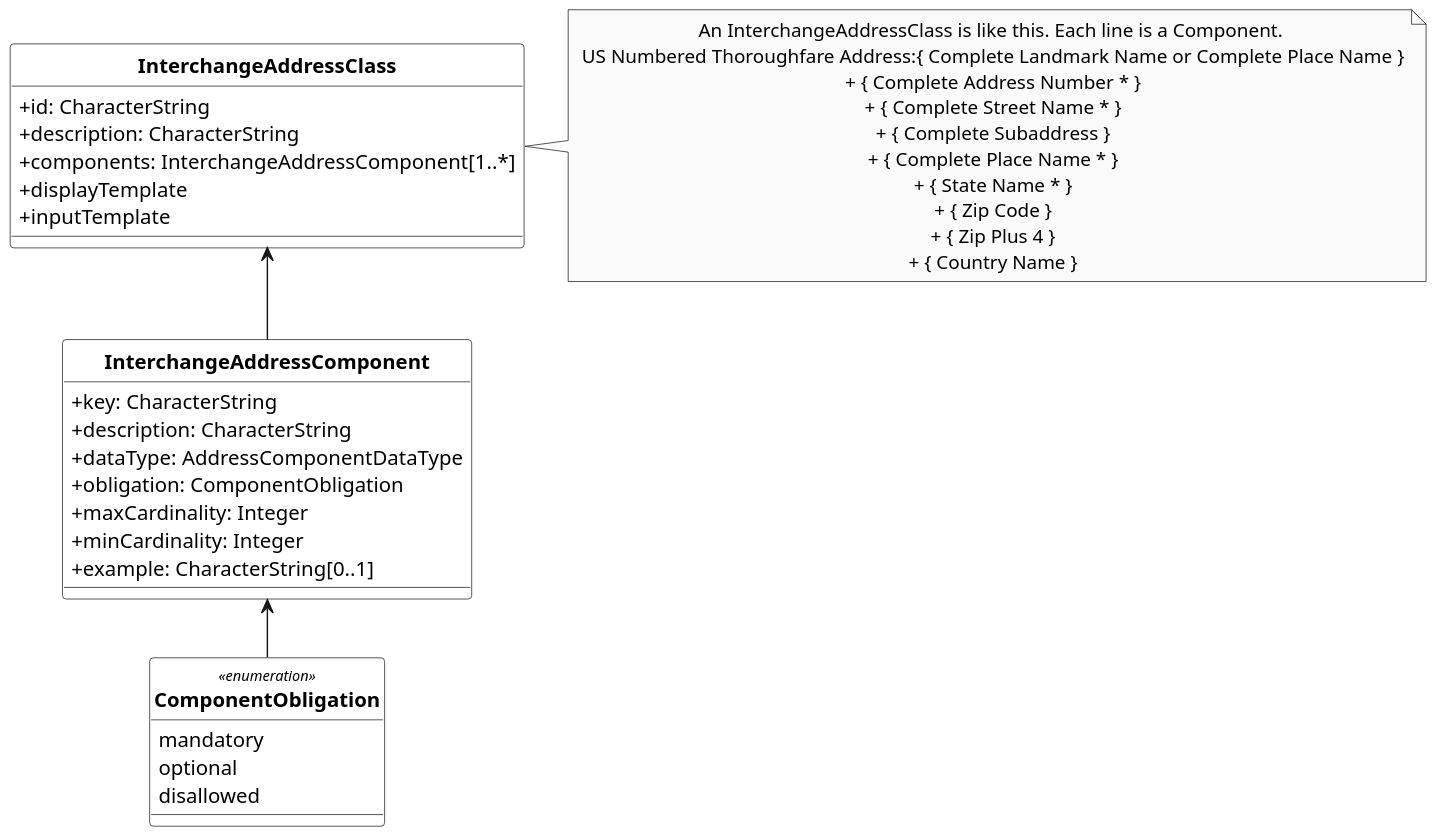
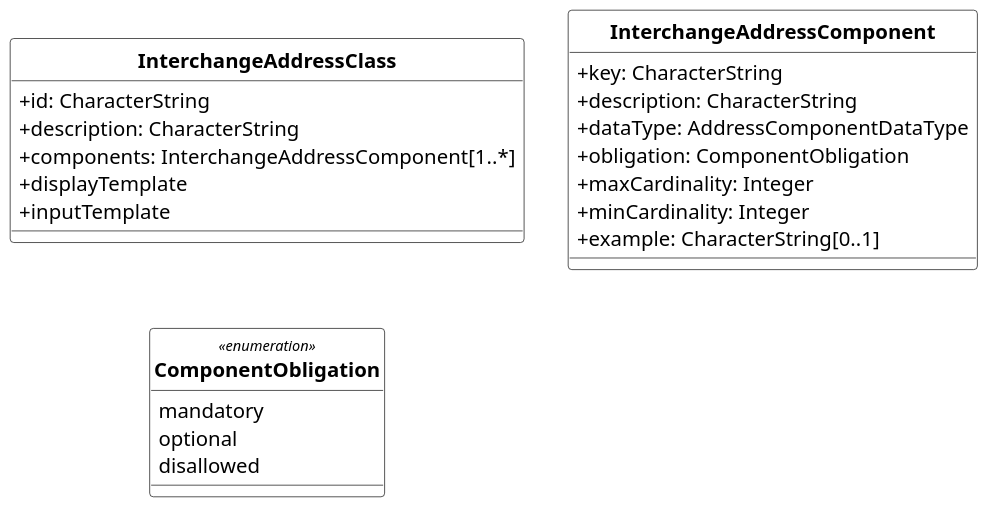
Before and after one commit to CalConnect/csd-digital-addresses: the diagram in models/AddressClass.wsd, drawn with PlantUML. The commit also changed 6 other files, not shown here.

```diff
--- a/models/AddressClass.wsd
+++ b/models/AddressClass.wsd
@@ -1,85 +1,79 @@
 @startuml AddressClass
 /'
 Diagram:        AddressClass
 DateCreate:     03/05/2019
 Description:
 
 Hystory of changes:
 > DD/MM/YYYY
     -
     -
 '/
 
 '******* CONFIGURATION ************************************************
 skinparam classAttributeIconSize 0
 skinparam Dpi 150
 skinparam Monochrome true
 skinparam LineType ortho
 skinparam nodesep 30
 skinparam ranksep 40
 hide circle
 /' skinparam CircledCharacterRadius 0 '/
 /' skinparam CircledCharacterFontSize 0 '/
 skinparam Default {
 TextAlignment center
 FontName Helvetica
 }
 skinparam Class {
 AttributeIconSize 0
 BackgroundColor White
 FontStyle bold
 StereotypeFontSize 10
 }
 skinparam Rectangle {
 BackgroundColor White
 FontStyle bold
 FontSize 11
 StereotypeFontSize 10
 }
 skinparam Object {
 BackgroundColor White
 FontStyle bold
 FontSize 11
 StereotypeFontSize 10
 }
 
 skinparam Entity {
 StereotypeFontSize 10
 }
 
 '******* CLASS DEFINITION *********************************************
 class InterchangeAddressClass{
     +id: CharacterString
     +description: CharacterString
     +components: InterchangeAddressComponent[1..*]
     +displayTemplate
     +inputTemplate
 }
 
 class InterchangeAddressComponent{
     +key: CharacterString
     +description: CharacterString
     +dataType: AddressComponentDataType
     +obligation: ComponentObligation
     +maxCardinality: Integer
     +minCardinality: Integer
     +example: CharacterString[0..1]
 }
 
 enum ComponentObligation <<enumeration>>{
     mandatory
     optional
     disallowed
 }
 
 
-'******* NOTES ********************************************************
-note right of InterchangeAddressClass: An InterchangeAddressClass is like this. Each line is a Component.\n US Numbered Thoroughfare Address:{ Complete Landmark Name or Complete Place Name }\n + { Complete Address Number * }\n + { Complete Street Name * }\n + { Complete Subaddress }\n + { Complete Place Name * }\n + { State Name * }\n + { Zip Code }\n + { Zip Plus 4 }\n + { Country Name }
-
-
 '******* CLASS RELATIONS **********************************************
-InterchangeAddressClass <-- InterchangeAddressComponent
-InterchangeAddressComponent <-- ComponentObligation
 
 
 @enduml
```
